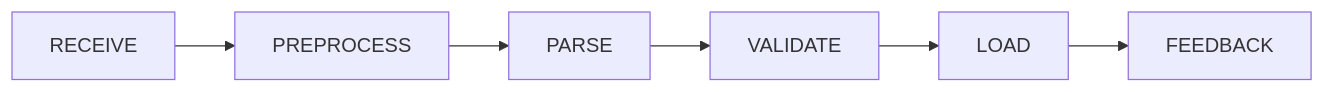
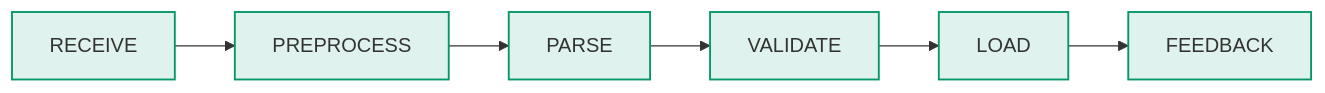
Before and after one commit to pinpols/file-batch-system: the ninth of 23 diagrams in docs/architecture/system-flow-overview.md, drawn with Mermaid. The commit also changed other lines of this file and 34 other files, not shown here.

First line of the commit message:
docs(diagram): 完成 P3 Mermaid 图样式收口并补充制图规范 (#1390)

````diff
--- a/docs/architecture/system-flow-overview.md
+++ b/docs/architecture/system-flow-overview.md
@@ -353,5 +374,7 @@
 ```mermaid
 %%{init: {"flowchart":{"curve":"linear","nodeSpacing":32,"rankSpacing":48},"sequence":{"mirrorActors":false}}}%%
 flowchart LR
-  A["RECEIVE"] --> B["PREPROCESS"] --> C["PARSE"] --> D["VALIDATE"] --> E["LOAD"] --> F["FEEDBACK"]
+  A["RECEIVE"]:::worker --> B["PREPROCESS"]:::worker --> C["PARSE"]:::worker --> D["VALIDATE"]:::worker --> E["LOAD"]:::worker --> F["FEEDBACK"]:::worker
+
+  classDef worker fill:#0596691f,stroke:#059669,stroke-width:1.5px
 ```
````
